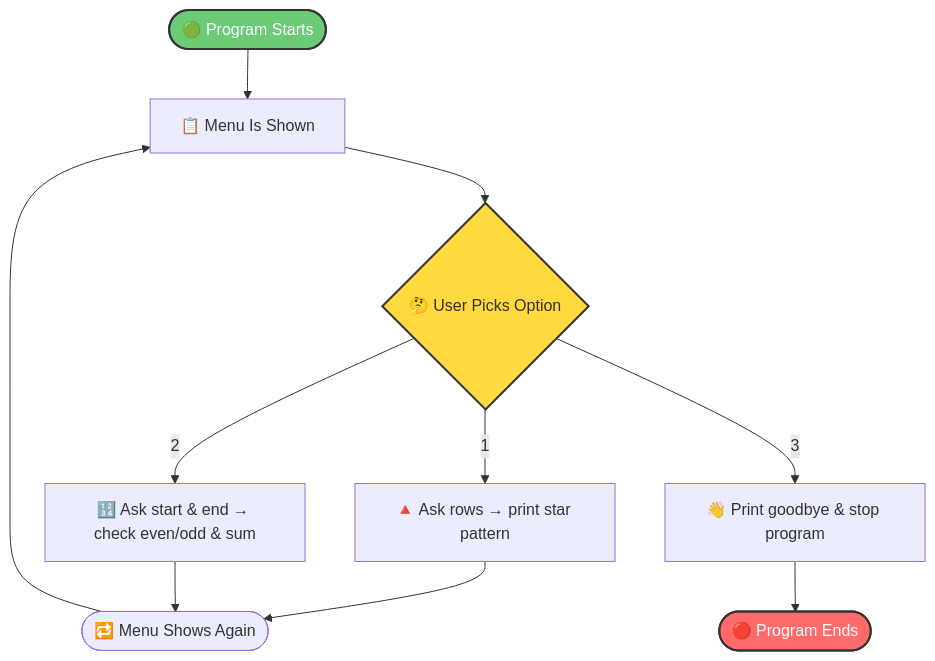
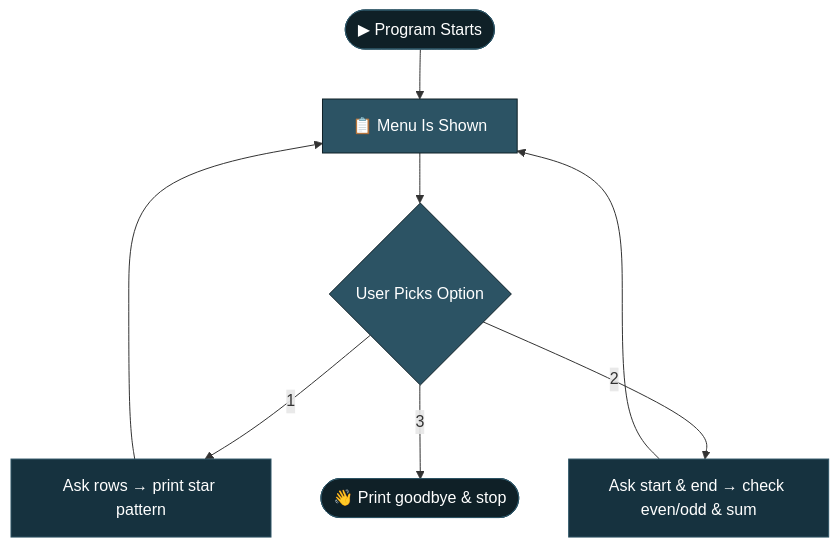
Before and after one commit to anghanshrey/Logic_Box: the diagram in README.md, drawn with Mermaid. The commit also changed other lines of this file, not shown here.

````diff
--- a/README.md
+++ b/README.md
@@ -115,16 +75,17 @@
 ```mermaid
 flowchart TD
-    A(["🟢 Program Starts"]) --> B["📋 Menu Is Shown"]
-    B --> C{"🤔 User Picks Option"}
-    C -->|1| D["🔺 Ask rows → print star pattern"]
-    C -->|2| E["🔢 Ask start & end → check even/odd & sum"]
-    C -->|3| F["👋 Print goodbye & stop program"]
-    D --> G(["🔁 Menu Shows Again"])
-    E --> G
-    G --> B
-    F --> H(["🔴 Program Ends"])
+    A([▶ Program Starts]) --> B[📋 Menu Is Shown]
+    B --> C{User Picks Option}
+    C -->|1| D[Ask rows → print star pattern]
+    C -->|2| E[Ask start & end → check even/odd & sum]
+    C -->|3| F([👋 Print goodbye & stop])
+    D --> B
+    E --> B
 
-    style A fill:#6BCB77,stroke:#333,stroke-width:2px,color:#fff
-    style H fill:#FF6B6B,stroke:#333,stroke-width:2px,color:#fff
-    style C fill:#FFD93D,stroke:#333,stroke-width:2px
+    style A fill:#0f2027,stroke:#2C5364,color:#fff
+    style F fill:#0f2027,stroke:#2C5364,color:#fff
+    style B fill:#2C5364,stroke:#0f2027,color:#fff
+    style C fill:#2C5364,stroke:#0f2027,color:#fff
+    style D fill:#16323f,stroke:#2C5364,color:#fff
+    style E fill:#16323f,stroke:#2C5364,color:#fff
 ```
````
